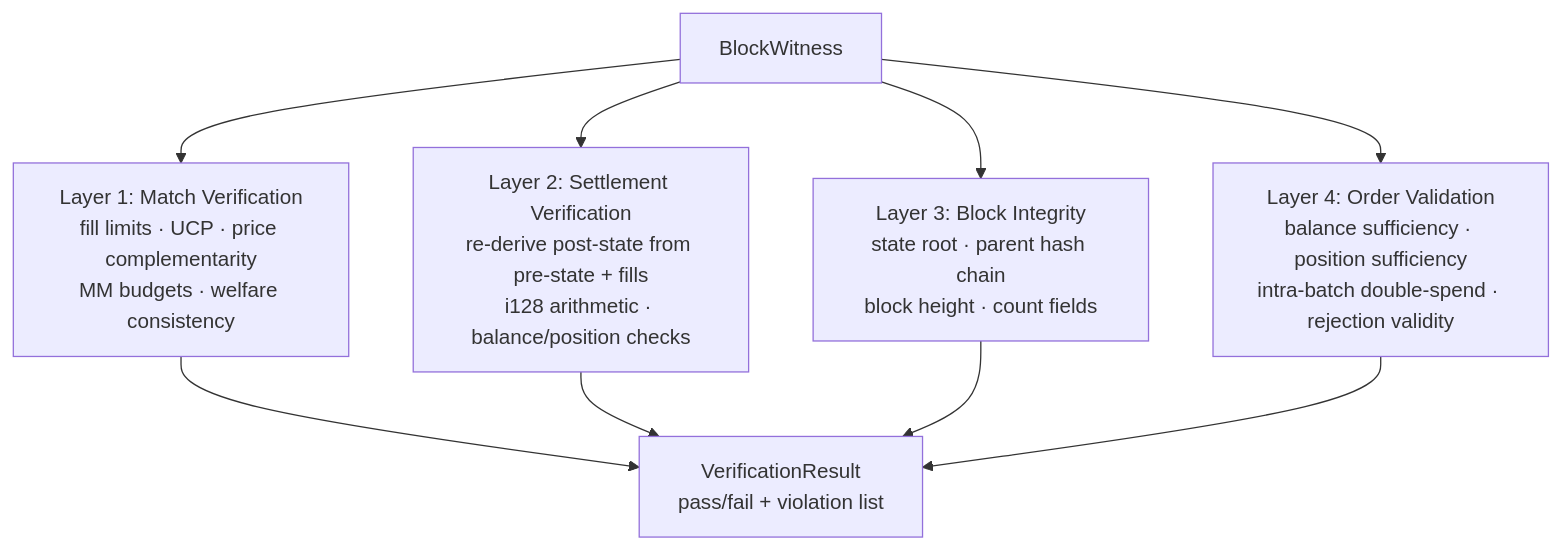
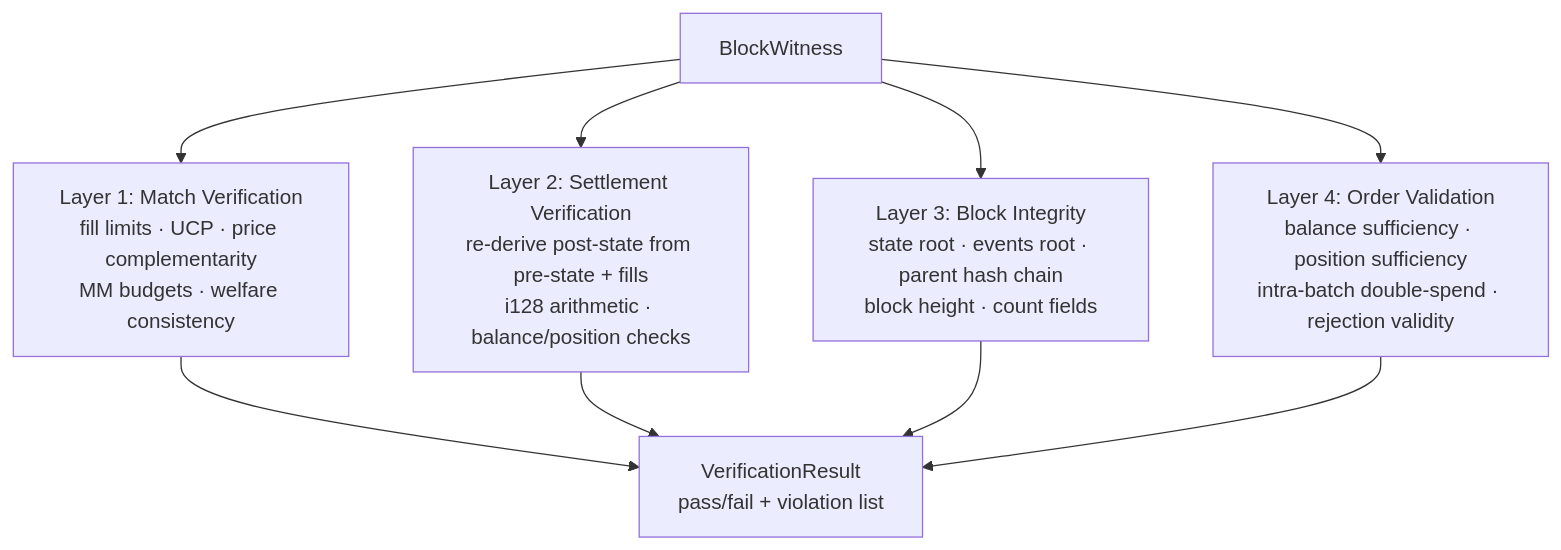
The diagram in docs/architecture/Four-Layer Verification.md (MetaB0y/sybil), drawn with Mermaid before and after one commit. The commit also changed other lines of this file and 24 other files, not shown here.

````diff
--- a/docs/architecture/Four-Layer Verification.md
+++ b/docs/architecture/Four-Layer Verification.md
@@ -19,9 +19,9 @@
 ```mermaid
 graph TB
     WITNESS["BlockWitness"]
     WITNESS --> L1["Layer 1: Match Verification<br/>fill limits · UCP · price complementarity<br/>MM budgets · welfare consistency"]
     WITNESS --> L2["Layer 2: Settlement Verification<br/>re-derive post-state from pre-state + fills<br/>i128 arithmetic · balance/position checks"]
-    WITNESS --> L3["Layer 3: Block Integrity<br/>state root · parent hash chain<br/>block height · count fields"]
+    WITNESS --> L3["Layer 3: Block Integrity<br/>state root · events root · parent hash chain<br/>block height · count fields"]
     WITNESS --> L4["Layer 4: Order Validation<br/>balance sufficiency · position sufficiency<br/>intra-batch double-spend · rejection validity"]
     L1 & L2 & L3 & L4 --> RESULT["VerificationResult<br/>pass/fail + violation list"]
 ```
````
